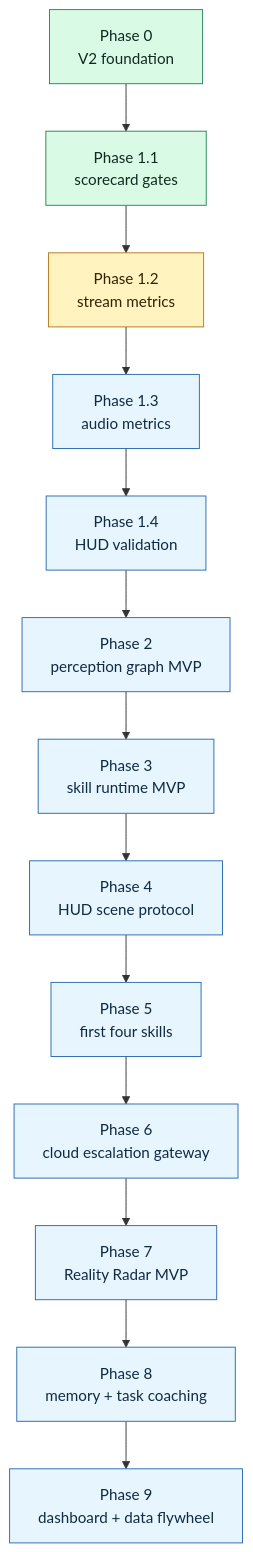
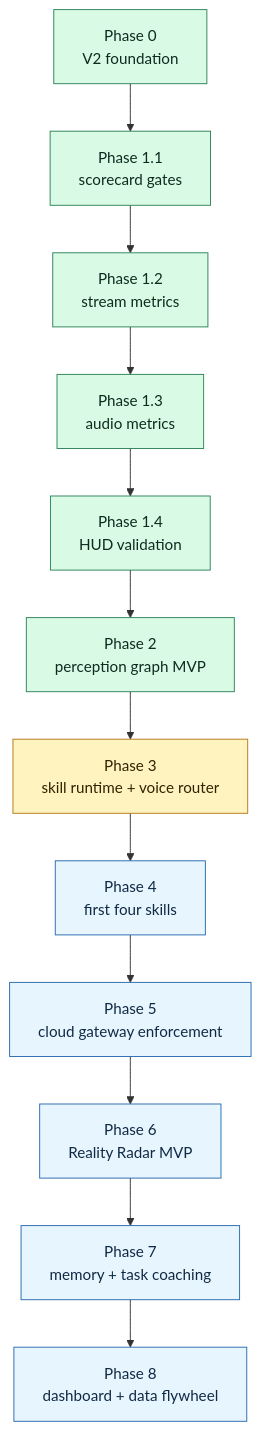
The third of 3 diagrams in README.md (tranquocnhat94/openvision-rokid), drawn with Mermaid before and after one commit. The commit also changed other lines of this file and 57 other files, not shown here.

````diff
--- a/README.md
+++ b/README.md
@@ -585,26 +594,25 @@
 ```mermaid
 flowchart TD
     P0["Phase 0<br/>V2 foundation"]
     P1A["Phase 1.1<br/>scorecard gates"]
     P1B["Phase 1.2<br/>stream metrics"]
     P1C["Phase 1.3<br/>audio metrics"]
     P1D["Phase 1.4<br/>HUD validation"]
     P2["Phase 2<br/>perception graph MVP"]
-    P3["Phase 3<br/>skill runtime MVP"]
-    P4["Phase 4<br/>HUD scene protocol"]
-    P5["Phase 5<br/>first four skills"]
-    P6["Phase 6<br/>cloud escalation gateway"]
-    P7["Phase 7<br/>Reality Radar MVP"]
-    P8["Phase 8<br/>memory + task coaching"]
-    P9["Phase 9<br/>dashboard + data flywheel"]
+    P3["Phase 3<br/>skill runtime + voice router"]
+    P4["Phase 4<br/>first four skills"]
+    P5["Phase 5<br/>cloud gateway enforcement"]
+    P6["Phase 6<br/>Reality Radar MVP"]
+    P7["Phase 7<br/>memory + task coaching"]
+    P8["Phase 8<br/>dashboard + data flywheel"]
 
-    P0 --> P1A --> P1B --> P1C --> P1D --> P2 --> P3 --> P4 --> P5 --> P6 --> P7 --> P8 --> P9
+    P0 --> P1A --> P1B --> P1C --> P1D --> P2 --> P3 --> P4 --> P5 --> P6 --> P7 --> P8
 
     classDef done fill:#d9fbe5,stroke:#2f855a,color:#102a1f;
     classDef current fill:#fff3bf,stroke:#b7791f,color:#2f2400;
     classDef next fill:#e7f5ff,stroke:#2b6cb0,color:#102a43;
 
-    class P0,P1A done;
-    class P1B current;
-    class P1C,P1D,P2,P3,P4,P5,P6,P7,P8,P9 next;
+    class P0,P1A,P1B,P1C,P1D,P2 done;
+    class P3 current;
+    class P4,P5,P6,P7,P8 next;
 ```
````
